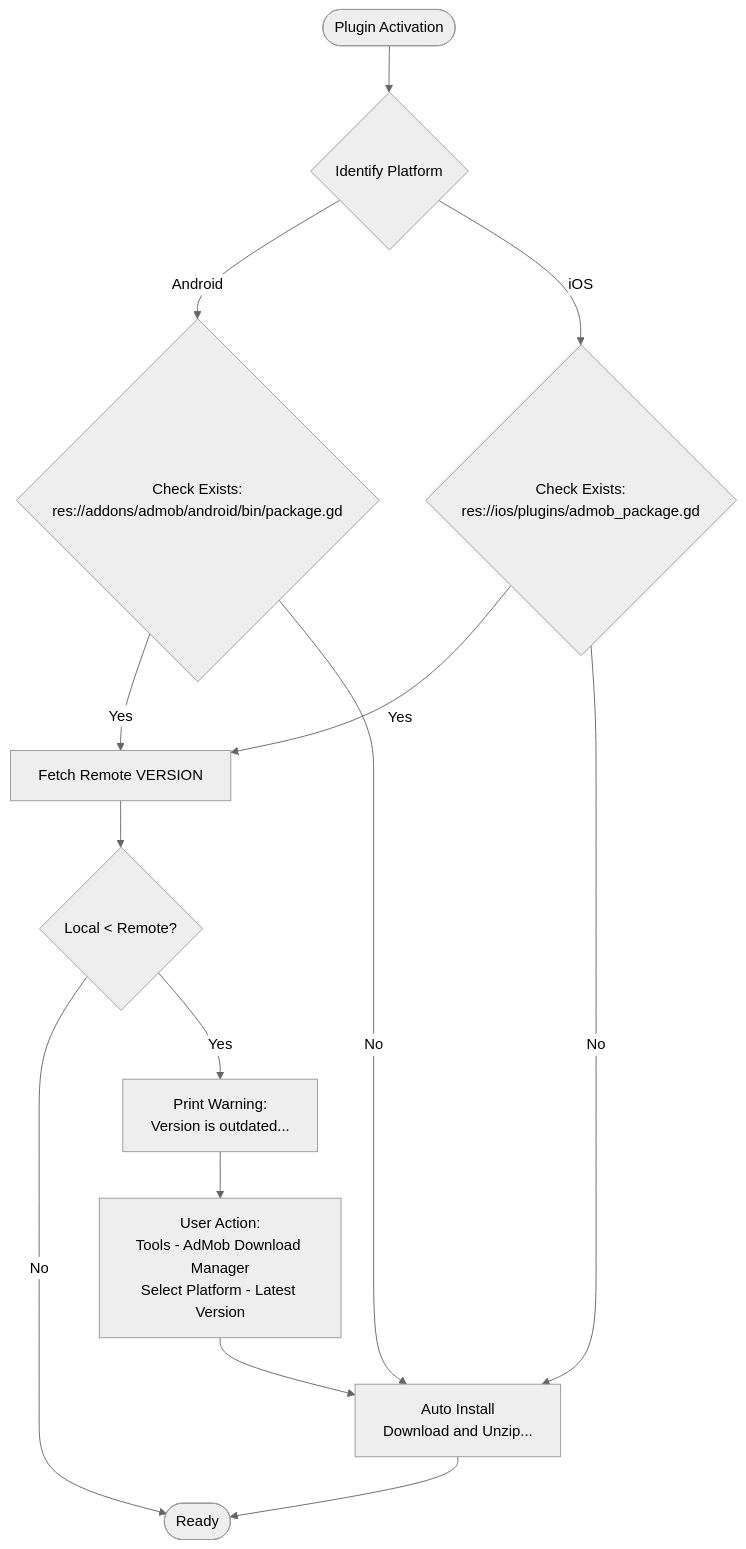
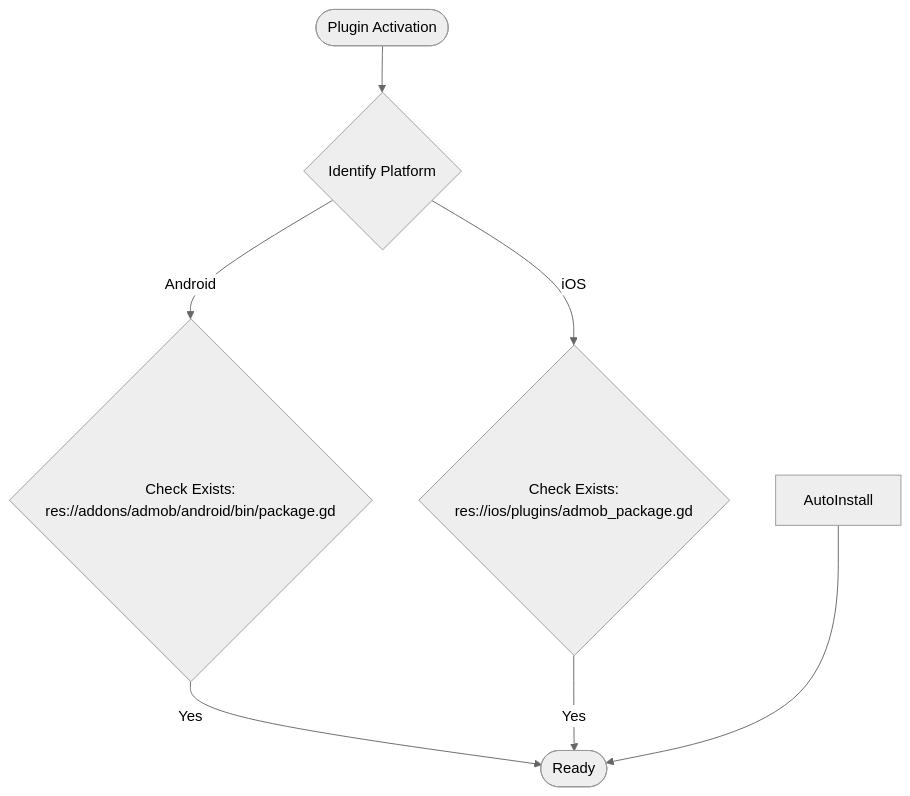
The diagram in platforms/godot_editor/addons/admob/docs/architecture/lifecycle.md (poingstudios/godot-admob-plugin), drawn with Mermaid (neutral theme) before and after one commit. The commit also changed other lines of this file and 7 other files, not shown here.

````diff
--- a/platforms/godot_editor/addons/admob/docs/architecture/lifecycle.md
+++ b/platforms/godot_editor/addons/admob/docs/architecture/lifecycle.md
@@ -31,22 +27,13 @@
 ```mermaid
 graph TD
 	Start([Plugin Activation]) --> IdentifyPlatform{Identify Platform}
 
 	IdentifyPlatform -- Android --> CheckAndroid{Check Exists:<br/>res://addons/admob/android/bin/package.gd}
 	IdentifyPlatform -- iOS --> CheckIOS{Check Exists:<br/>res://ios/plugins/admob_package.gd}
 
-	CheckAndroid -- Yes --> FetchRemote[Fetch Remote VERSION]
-	CheckIOS -- Yes --> FetchRemote
+	CheckAndroid -- Yes --> Ready([Ready])
+	CheckIOS -- Yes --> Ready
 
-	CheckAndroid -- No --> AutoInstall[Auto Install<br/>Download and Unzip...]
-	CheckIOS -- No --> AutoInstall
-
-	FetchRemote --> Compare{Local < Remote?}
-	Compare -- No --> Ready([Ready])
-	Compare -- Yes --> Warning[Print Warning:<br/>Version is outdated...]
-
-	Warning --> UserUpdate[User Action:<br/>Tools - AdMob Download Manager<br/>Select Platform - Latest Version]
-	UserUpdate --> AutoInstall
 
 	AutoInstall --> Ready
 ```
````
